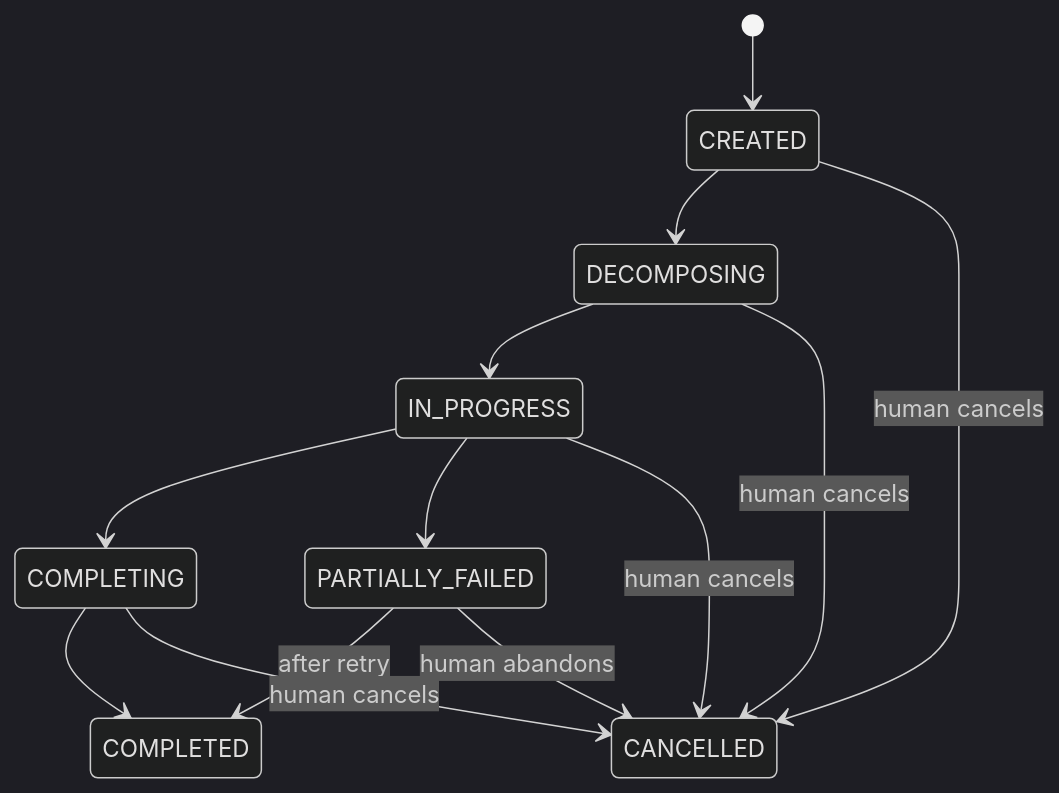
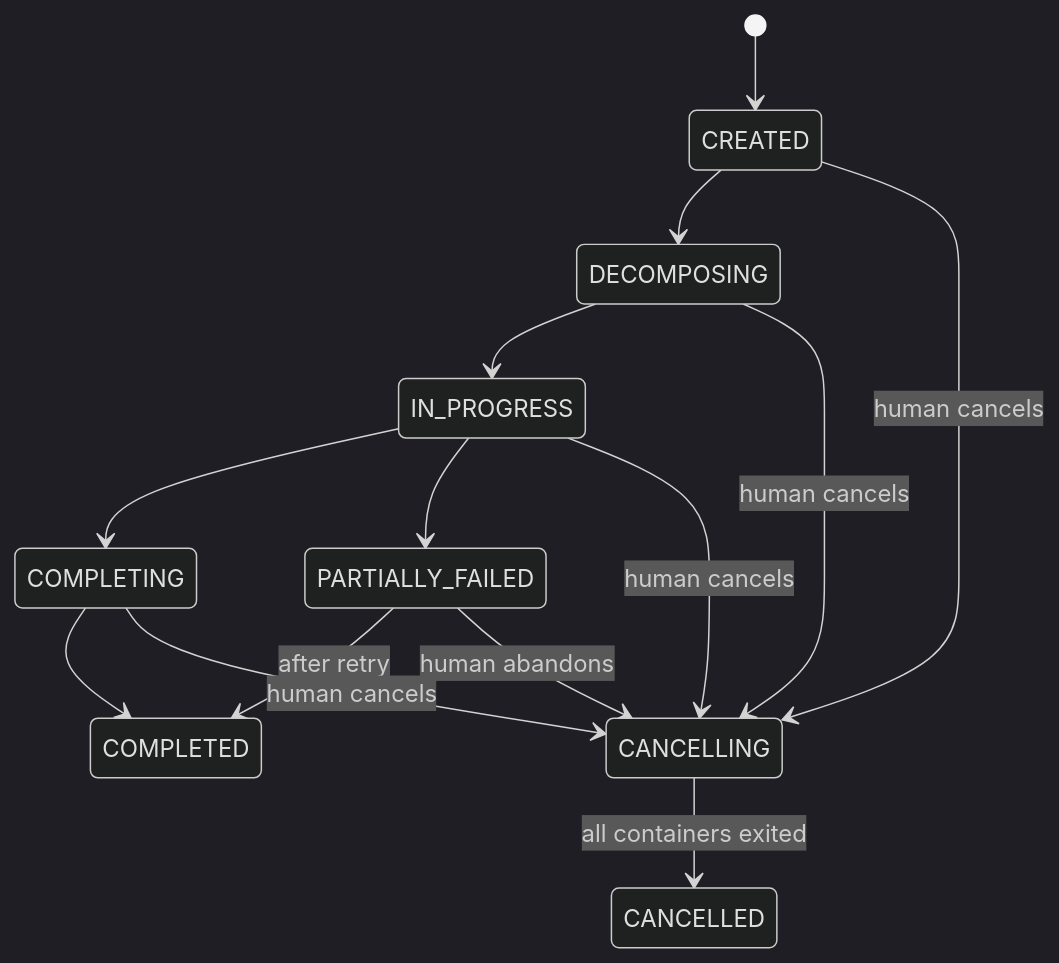
Before and after one commit to 0xc14m1z/opex: the first of 7 diagrams in docs/specs/01-workflow.md, drawn with Mermaid (dark theme). The commit also changed other lines of this file and 7 other files, not shown here.

````diff
--- a/docs/specs/01-workflow.md
+++ b/docs/specs/01-workflow.md
@@ -23,15 +23,16 @@
 ```mermaid
 stateDiagram-v2
     [*] --> CREATED
     CREATED --> DECOMPOSING
     DECOMPOSING --> IN_PROGRESS
     IN_PROGRESS --> COMPLETING
     IN_PROGRESS --> PARTIALLY_FAILED
     COMPLETING --> COMPLETED
     PARTIALLY_FAILED --> COMPLETED : after retry
-    PARTIALLY_FAILED --> CANCELLED : human abandons
-    CREATED --> CANCELLED : human cancels
-    DECOMPOSING --> CANCELLED : human cancels
-    IN_PROGRESS --> CANCELLED : human cancels
-    COMPLETING --> CANCELLED : human cancels
+    PARTIALLY_FAILED --> CANCELLING : human abandons
+    CREATED --> CANCELLING : human cancels
+    DECOMPOSING --> CANCELLING : human cancels
+    IN_PROGRESS --> CANCELLING : human cancels
+    COMPLETING --> CANCELLING : human cancels
+    CANCELLING --> CANCELLED : all containers exited
 ```
````
